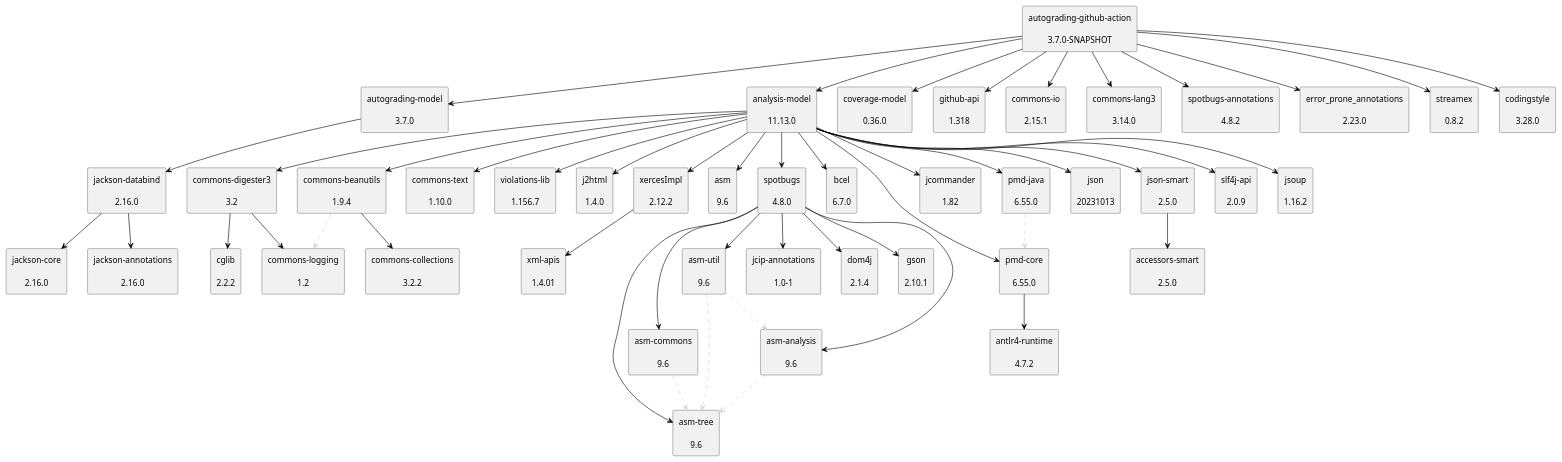
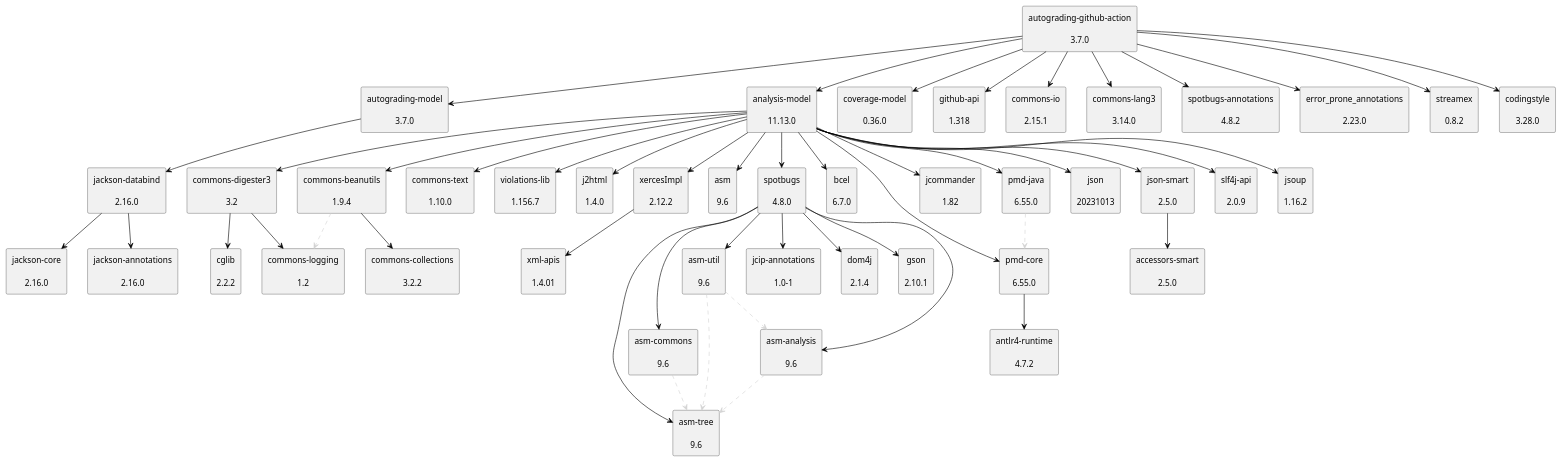
One commit to uhafner/autograding-github-action changed the diagram in doc/dependency-graph.puml. Above: the diagram before and after it, drawn with PlantUML. The commit also changed 6 other files, not shown here.

```diff
--- a/doc/dependency-graph.puml
+++ b/doc/dependency-graph.puml
@@ -1,100 +1,100 @@
 @startuml
 skinparam defaultTextAlignment center
 skinparam rectangle {
   BackgroundColor<<optional>> beige
   BackgroundColor<<test>> lightGreen
   BackgroundColor<<runtime>> lightBlue
   BackgroundColor<<provided>> lightGray
 }
 rectangle "jackson-databind\n\n2.16.0" as com_fasterxml_jackson_core_jackson_databind_jar
 rectangle "jackson-annotations\n\n2.16.0" as com_fasterxml_jackson_core_jackson_annotations_jar
 rectangle "jackson-core\n\n2.16.0" as com_fasterxml_jackson_core_jackson_core_jar
 rectangle "autograding-model\n\n3.7.0" as edu_hm_hafner_autograding_model_jar
-rectangle "autograding-github-action\n\n3.7.0-SNAPSHOT" as edu_hm_hafner_autograding_github_action_jar
+rectangle "autograding-github-action\n\n3.7.0" as edu_hm_hafner_autograding_github_action_jar
 rectangle "analysis-model\n\n11.13.0" as edu_hm_hafner_analysis_model_jar
 rectangle "jsoup\n\n1.16.2" as org_jsoup_jsoup_jar
 rectangle "commons-digester3\n\n3.2" as org_apache_commons_commons_digester3_jar
 rectangle "cglib\n\n2.2.2" as cglib_cglib_jar
 rectangle "commons-logging\n\n1.2" as commons_logging_commons_logging_jar
 rectangle "commons-beanutils\n\n1.9.4" as commons_beanutils_commons_beanutils_jar
 rectangle "commons-collections\n\n3.2.2" as commons_collections_commons_collections_jar
 rectangle "commons-text\n\n1.10.0" as org_apache_commons_commons_text_jar
 rectangle "violations-lib\n\n1.156.7" as se_bjurr_violations_violations_lib_jar
 rectangle "j2html\n\n1.4.0" as com_j2html_j2html_jar
 rectangle "xercesImpl\n\n2.12.2" as xerces_xercesImpl_jar
 rectangle "xml-apis\n\n1.4.01" as xml_apis_xml_apis_jar
 rectangle "asm\n\n9.6" as org_ow2_asm_asm_jar
 rectangle "asm-analysis\n\n9.6" as org_ow2_asm_asm_analysis_jar
 rectangle "asm-tree\n\n9.6" as org_ow2_asm_asm_tree_jar
 rectangle "spotbugs\n\n4.8.0" as com_github_spotbugs_spotbugs_jar
 rectangle "asm-commons\n\n9.6" as org_ow2_asm_asm_commons_jar
 rectangle "asm-util\n\n9.6" as org_ow2_asm_asm_util_jar
 rectangle "jcip-annotations\n\n1.0-1" as com_github_stephenc_jcip_jcip_annotations_jar
 rectangle "dom4j\n\n2.1.4" as org_dom4j_dom4j_jar
 rectangle "gson\n\n2.10.1" as com_google_code_gson_gson_jar
 rectangle "bcel\n\n6.7.0" as org_apache_bcel_bcel_jar
 rectangle "pmd-core\n\n6.55.0" as net_sourceforge_pmd_pmd_core_jar
 rectangle "antlr4-runtime\n\n4.7.2" as org_antlr_antlr4_runtime_jar
 rectangle "jcommander\n\n1.82" as com_beust_jcommander_jar
 rectangle "pmd-java\n\n6.55.0" as net_sourceforge_pmd_pmd_java_jar
 rectangle "json\n\n20231013" as org_json_json_jar
 rectangle "json-smart\n\n2.5.0" as net_minidev_json_smart_jar
 rectangle "accessors-smart\n\n2.5.0" as net_minidev_accessors_smart_jar
 rectangle "slf4j-api\n\n2.0.9" as org_slf4j_slf4j_api_jar
 rectangle "coverage-model\n\n0.36.0" as edu_hm_hafner_coverage_model_jar
 rectangle "github-api\n\n1.318" as org_kohsuke_github_api_jar
 rectangle "commons-io\n\n2.15.1" as commons_io_commons_io_jar
 rectangle "commons-lang3\n\n3.14.0" as org_apache_commons_commons_lang3_jar
 rectangle "spotbugs-annotations\n\n4.8.2" as com_github_spotbugs_spotbugs_annotations_jar
 rectangle "error_prone_annotations\n\n2.23.0" as com_google_errorprone_error_prone_annotations_jar
 rectangle "streamex\n\n0.8.2" as one_util_streamex_jar
 rectangle "codingstyle\n\n3.28.0" as edu_hm_hafner_codingstyle_jar
 com_fasterxml_jackson_core_jackson_databind_jar -[#000000]-> com_fasterxml_jackson_core_jackson_annotations_jar
 com_fasterxml_jackson_core_jackson_databind_jar -[#000000]-> com_fasterxml_jackson_core_jackson_core_jar
 edu_hm_hafner_autograding_model_jar -[#000000]-> com_fasterxml_jackson_core_jackson_databind_jar
 edu_hm_hafner_autograding_github_action_jar -[#000000]-> edu_hm_hafner_autograding_model_jar
 edu_hm_hafner_analysis_model_jar -[#000000]-> org_jsoup_jsoup_jar
 org_apache_commons_commons_digester3_jar -[#000000]-> cglib_cglib_jar
 org_apache_commons_commons_digester3_jar -[#000000]-> commons_logging_commons_logging_jar
 edu_hm_hafner_analysis_model_jar -[#000000]-> org_apache_commons_commons_digester3_jar
 commons_beanutils_commons_beanutils_jar .[#D3D3D3].> commons_logging_commons_logging_jar
 commons_beanutils_commons_beanutils_jar -[#000000]-> commons_collections_commons_collections_jar
 edu_hm_hafner_analysis_model_jar -[#000000]-> commons_beanutils_commons_beanutils_jar
 edu_hm_hafner_analysis_model_jar -[#000000]-> org_apache_commons_commons_text_jar
 edu_hm_hafner_analysis_model_jar -[#000000]-> se_bjurr_violations_violations_lib_jar
 edu_hm_hafner_analysis_model_jar -[#000000]-> com_j2html_j2html_jar
 xerces_xercesImpl_jar -[#000000]-> xml_apis_xml_apis_jar
 edu_hm_hafner_analysis_model_jar -[#000000]-> xerces_xercesImpl_jar
 edu_hm_hafner_analysis_model_jar -[#000000]-> org_ow2_asm_asm_jar
 org_ow2_asm_asm_analysis_jar .[#D3D3D3].> org_ow2_asm_asm_tree_jar
 com_github_spotbugs_spotbugs_jar -[#000000]-> org_ow2_asm_asm_analysis_jar
 org_ow2_asm_asm_commons_jar .[#D3D3D3].> org_ow2_asm_asm_tree_jar
 com_github_spotbugs_spotbugs_jar -[#000000]-> org_ow2_asm_asm_commons_jar
 com_github_spotbugs_spotbugs_jar -[#000000]-> org_ow2_asm_asm_tree_jar
 org_ow2_asm_asm_util_jar .[#D3D3D3].> org_ow2_asm_asm_tree_jar
 org_ow2_asm_asm_util_jar .[#D3D3D3].> org_ow2_asm_asm_analysis_jar
 com_github_spotbugs_spotbugs_jar -[#000000]-> org_ow2_asm_asm_util_jar
 com_github_spotbugs_spotbugs_jar -[#000000]-> com_github_stephenc_jcip_jcip_annotations_jar
 com_github_spotbugs_spotbugs_jar -[#000000]-> org_dom4j_dom4j_jar
 com_github_spotbugs_spotbugs_jar -[#000000]-> com_google_code_gson_gson_jar
 edu_hm_hafner_analysis_model_jar -[#000000]-> com_github_spotbugs_spotbugs_jar
 edu_hm_hafner_analysis_model_jar -[#000000]-> org_apache_bcel_bcel_jar
 net_sourceforge_pmd_pmd_core_jar -[#000000]-> org_antlr_antlr4_runtime_jar
 edu_hm_hafner_analysis_model_jar -[#000000]-> net_sourceforge_pmd_pmd_core_jar
 edu_hm_hafner_analysis_model_jar -[#000000]-> com_beust_jcommander_jar
 net_sourceforge_pmd_pmd_java_jar .[#D3D3D3].> net_sourceforge_pmd_pmd_core_jar
 edu_hm_hafner_analysis_model_jar -[#000000]-> net_sourceforge_pmd_pmd_java_jar
 edu_hm_hafner_analysis_model_jar -[#000000]-> org_json_json_jar
 net_minidev_json_smart_jar -[#000000]-> net_minidev_accessors_smart_jar
 edu_hm_hafner_analysis_model_jar -[#000000]-> net_minidev_json_smart_jar
 edu_hm_hafner_analysis_model_jar -[#000000]-> org_slf4j_slf4j_api_jar
 edu_hm_hafner_autograding_github_action_jar -[#000000]-> edu_hm_hafner_analysis_model_jar
 edu_hm_hafner_autograding_github_action_jar -[#000000]-> edu_hm_hafner_coverage_model_jar
 edu_hm_hafner_autograding_github_action_jar -[#000000]-> org_kohsuke_github_api_jar
 edu_hm_hafner_autograding_github_action_jar -[#000000]-> commons_io_commons_io_jar
 edu_hm_hafner_autograding_github_action_jar -[#000000]-> org_apache_commons_commons_lang3_jar
 edu_hm_hafner_autograding_github_action_jar -[#000000]-> com_github_spotbugs_spotbugs_annotations_jar
 edu_hm_hafner_autograding_github_action_jar -[#000000]-> com_google_errorprone_error_prone_annotations_jar
 edu_hm_hafner_autograding_github_action_jar -[#000000]-> one_util_streamex_jar
 edu_hm_hafner_autograding_github_action_jar -[#000000]-> edu_hm_hafner_codingstyle_jar
 @enduml
```
